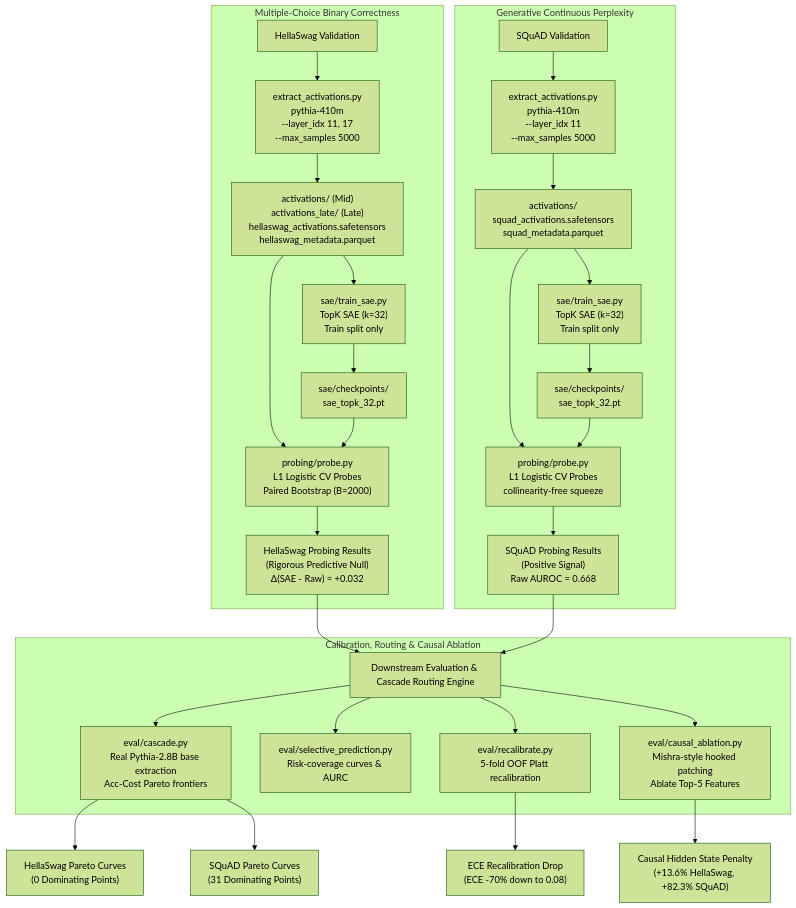
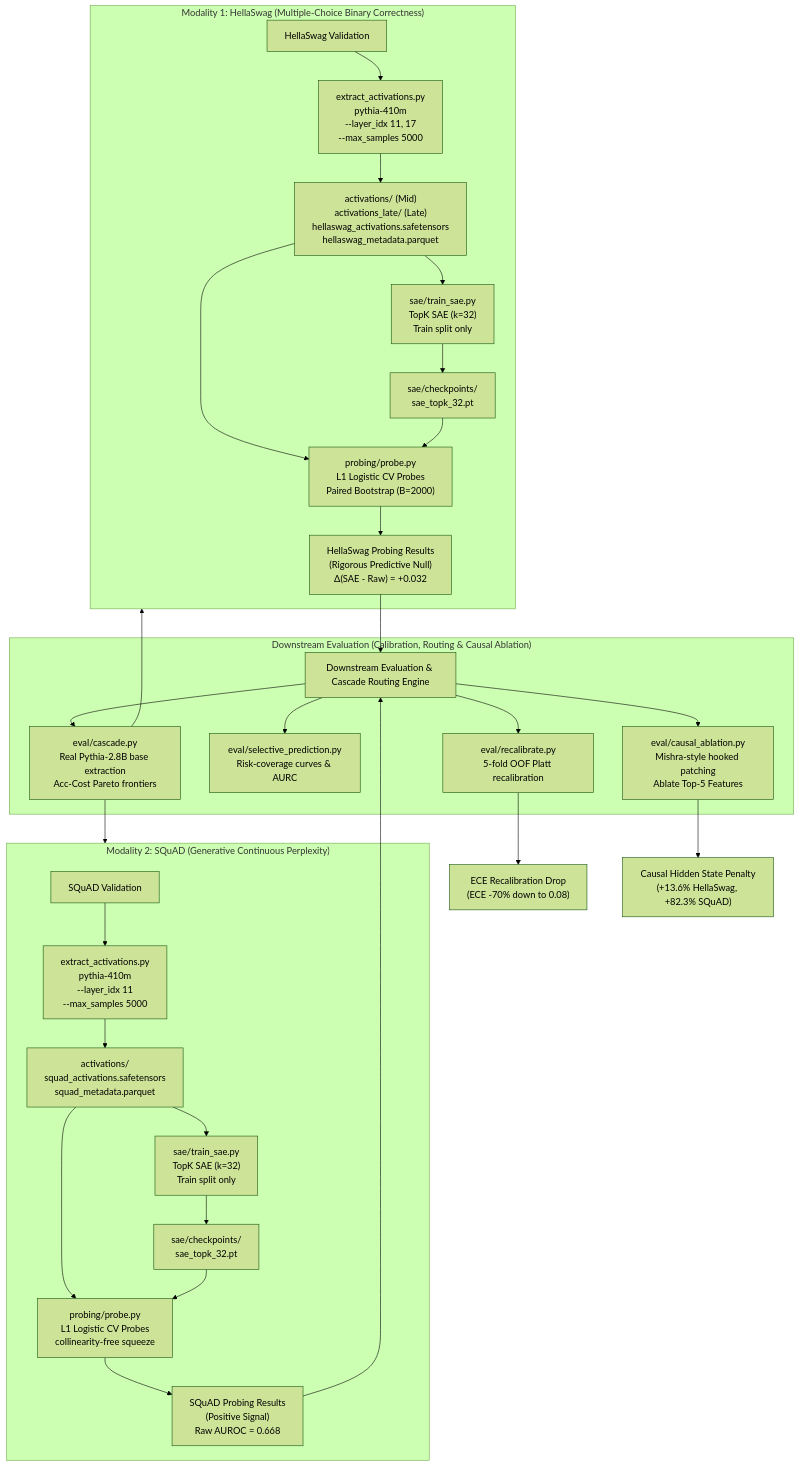
Before and after one commit to nabindev3/tsfm-sae-difficulty: the second of 2 diagrams in README.md, drawn with Mermaid (forest theme). The commit also changed other lines of this file and 8 other files, not shown here.

````diff
--- a/README.md
+++ b/README.md
@@ -259,37 +266,37 @@
 ```mermaid
 flowchart TB
-    subgraph Modality 1: HellaSwag [Multiple-Choice Binary Correctness]
+    subgraph M1 ["Modality 1: HellaSwag (Multiple-Choice Binary Correctness)"]
         A1["HellaSwag Validation"] --> B1["extract_activations.py<br/>pythia-410m<br/>--layer_idx 11, 17<br/>--max_samples 5000"]
         B1 --> C1["activations/ (Mid)<br/>activations_late/ (Late)<br/>hellaswag_activations.safetensors<br/>hellaswag_metadata.parquet"]
         C1 --> D1["sae/train_sae.py<br/>TopK SAE (k=32)<br/>Train split only"]
         D1 --> E1["sae/checkpoints/<br/>sae_topk_32.pt"]
         C1 --> F1["probing/probe.py<br/>L1 Logistic CV Probes<br/>Paired Bootstrap (B=2000)"]
         E1 --> F1
         F1 --> G1["HellaSwag Probing Results<br/>(Rigorous Predictive Null)<br/>Δ(SAE - Raw) = +0.032"]
     end
 
-    subgraph Modality 2: SQuAD [Generative Continuous Perplexity]
+    subgraph M2 ["Modality 2: SQuAD (Generative Continuous Perplexity)"]
         A2["SQuAD Validation"] --> B2["extract_activations.py<br/>pythia-410m<br/>--layer_idx 11<br/>--max_samples 5000"]
         B2 --> C2["activations/<br/>squad_activations.safetensors<br/>squad_metadata.parquet"]
         C2 --> D2["sae/train_sae.py<br/>TopK SAE (k=32)<br/>Train split only"]
         D2 --> E2["sae/checkpoints/<br/>sae_topk_32.pt"]
         C2 --> F2["probing/probe.py<br/>L1 Logistic CV Probes<br/>collinearity-free squeeze"]
         E2 --> F2
         F2 --> G2["SQuAD Probing Results<br/>(Positive Signal)<br/>Raw AUROC = 0.668"]
     end
 
     G1 --> H["Downstream Evaluation & Cascade Routing Engine"]
     G2 --> H
 
-    subgraph Downstream Evaluation [Calibration, Routing & Causal Ablation]
+    subgraph DS ["Downstream Evaluation (Calibration, Routing & Causal Ablation)"]
         H --> I["eval/cascade.py<br/>Real Pythia-2.8B base extraction<br/>Acc-Cost Pareto frontiers"]
         H --> J["eval/selective_prediction.py<br/>Risk-coverage curves & AURC"]
         H --> K["eval/recalibrate.py<br/>5-fold OOF Platt recalibration"]
         H --> L["eval/causal_ablation.py<br/>Mishra-style hooked patching<br/>Ablate Top-5 Features"]
     end
 
     I --> M1["HellaSwag Pareto Curves<br/>(0 Dominating Points)"]
     I --> M2["SQuAD Pareto Curves<br/>(31 Dominating Points)"]
     K --> N["ECE Recalibration Drop<br/>(ECE -70% down to 0.08)"]
     L --> O["Causal Hidden State Penalty<br/>(+13.6% HellaSwag, +82.3% SQuAD)"]
 ```
````
